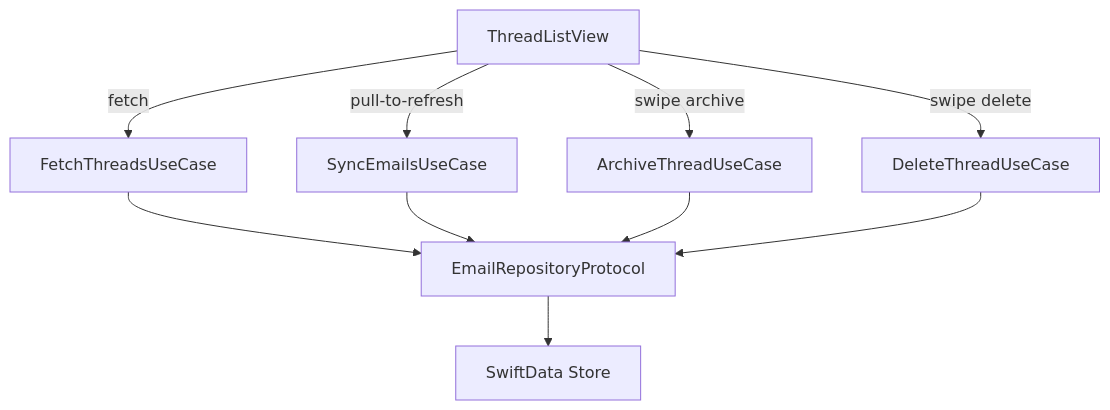
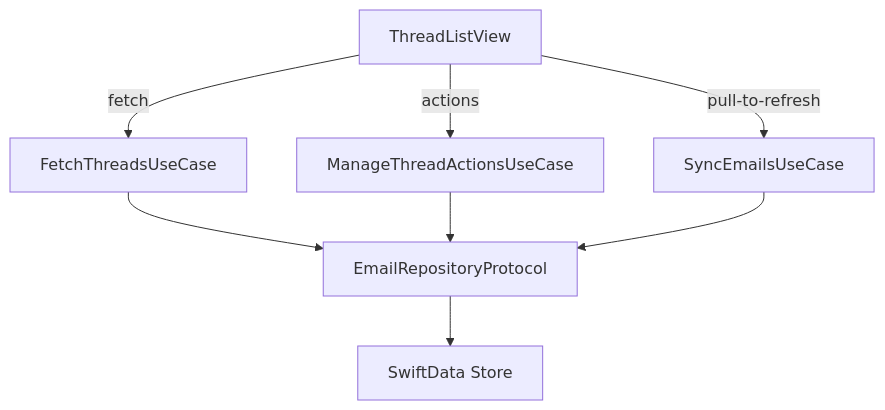
The second of 2 diagrams in docs/features/thread-list/spec.md (VishnuBishnoi/VaultMail), drawn with Mermaid before and after one commit. The commit also changed other lines of this file and 5 other files, not shown here.

````diff
--- a/docs/features/thread-list/spec.md
+++ b/docs/features/thread-list/spec.md
@@ -307,12 +325,10 @@
 ```mermaid
 flowchart TD
     TLV["ThreadListView"] -->|fetch| FTU["FetchThreadsUseCase"]
+    TLV -->|actions| MTA["ManageThreadActionsUseCase"]
     TLV -->|pull-to-refresh| SEU["SyncEmailsUseCase"]
-    TLV -->|swipe archive| ATU["ArchiveThreadUseCase"]
-    TLV -->|swipe delete| DTU["DeleteThreadUseCase"]
     FTU --> REPO["EmailRepositoryProtocol"]
+    MTA --> REPO
     SEU --> REPO
-    ATU --> REPO
-    DTU --> REPO
     REPO --> SD["SwiftData Store"]
 ```
````
